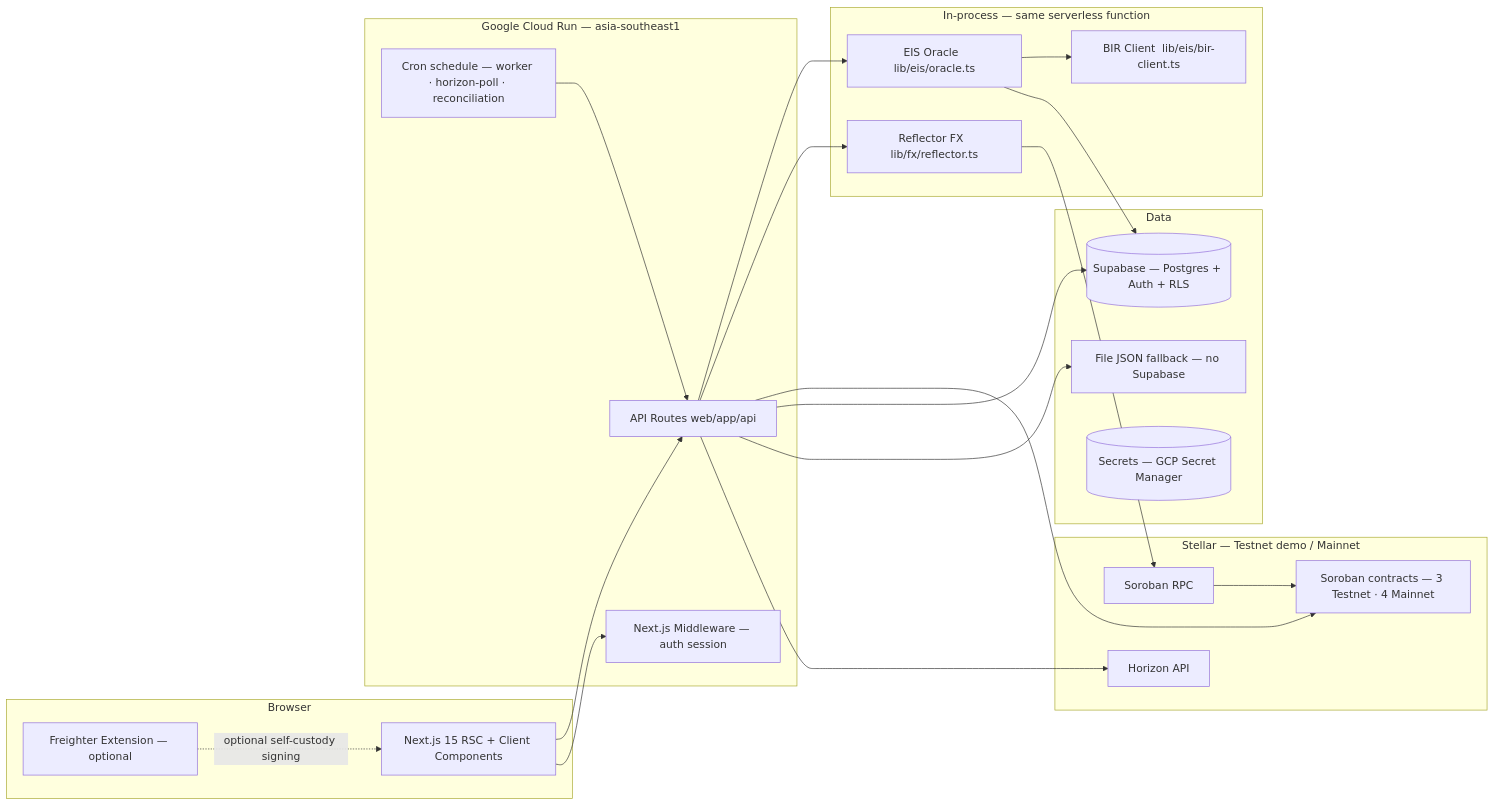
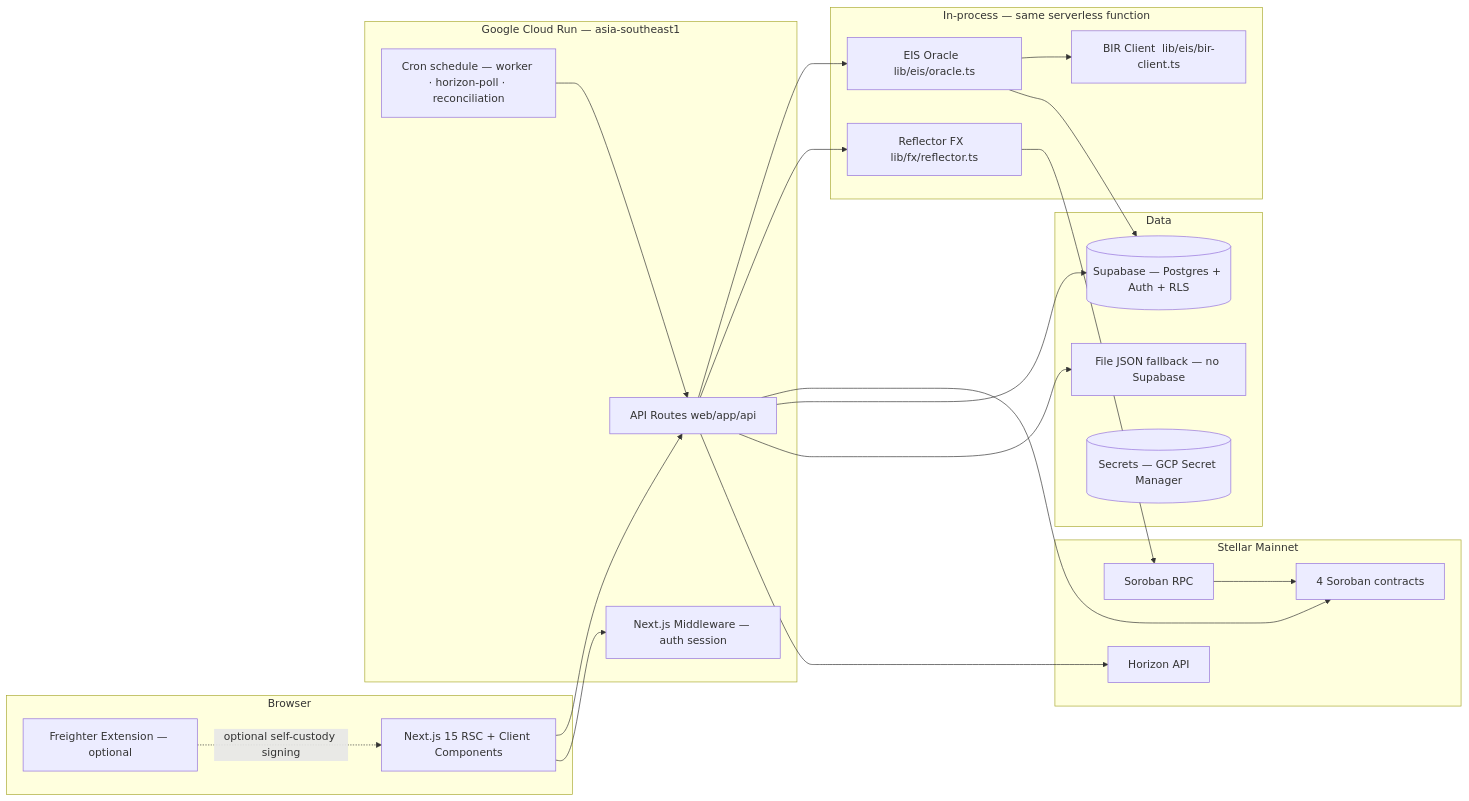
Before and after one commit to Axon-Enjin/axial: the second of 2 diagrams in docs/sdd-axial.md, drawn with Mermaid. The commit also changed other lines of this file and 15 other files, not shown here.

````diff
--- a/docs/sdd-axial.md
+++ b/docs/sdd-axial.md
@@ -111,46 +111,46 @@
 ```mermaid
 graph LR
   subgraph client [Browser]
     Web[Next.js 15 RSC + Client Components]
     Freighter[Freighter Extension — optional]
   end
 
   subgraph host [Google Cloud Run — asia-southeast1]
     Routes[API Routes  web/app/api]
     Middleware[Next.js Middleware — auth session]
     Cron[Cron schedule — worker · horizon-poll · reconciliation]
   end
 
   subgraph inprocess [In-process — same serverless function]
     Oracle[EIS Oracle  lib/eis/oracle.ts]
     BirClient[BIR Client  lib/eis/bir-client.ts]
     FxOracle[Reflector FX  lib/fx/reflector.ts]
   end
 
-  subgraph chain [Stellar — Testnet demo / Mainnet]
-    Soroban[Soroban contracts — 3 Testnet · 4 Mainnet]
+  subgraph chain [Stellar Mainnet]
+    Soroban[4 Soroban contracts]
     RPC[Soroban RPC]
     Horizon[Horizon API]
   end
 
   subgraph data [Data]
     Supabase[(Supabase — Postgres + Auth + RLS)]
     FileStore[File JSON fallback — no Supabase]
     EnvVars[(Secrets — GCP Secret Manager)]
   end
 
   Web --> Routes
   Web --> Middleware
   Freighter -.->|optional self-custody signing| Web
   Routes --> Oracle
   Routes --> FxOracle
   Oracle --> BirClient
   Routes --> Soroban
   RPC --> Soroban
   Cron --> Routes
   Routes --> Supabase
   Routes --> FileStore
   Oracle --> Supabase
   FxOracle --> RPC
   Routes --> Horizon
 ```
````
